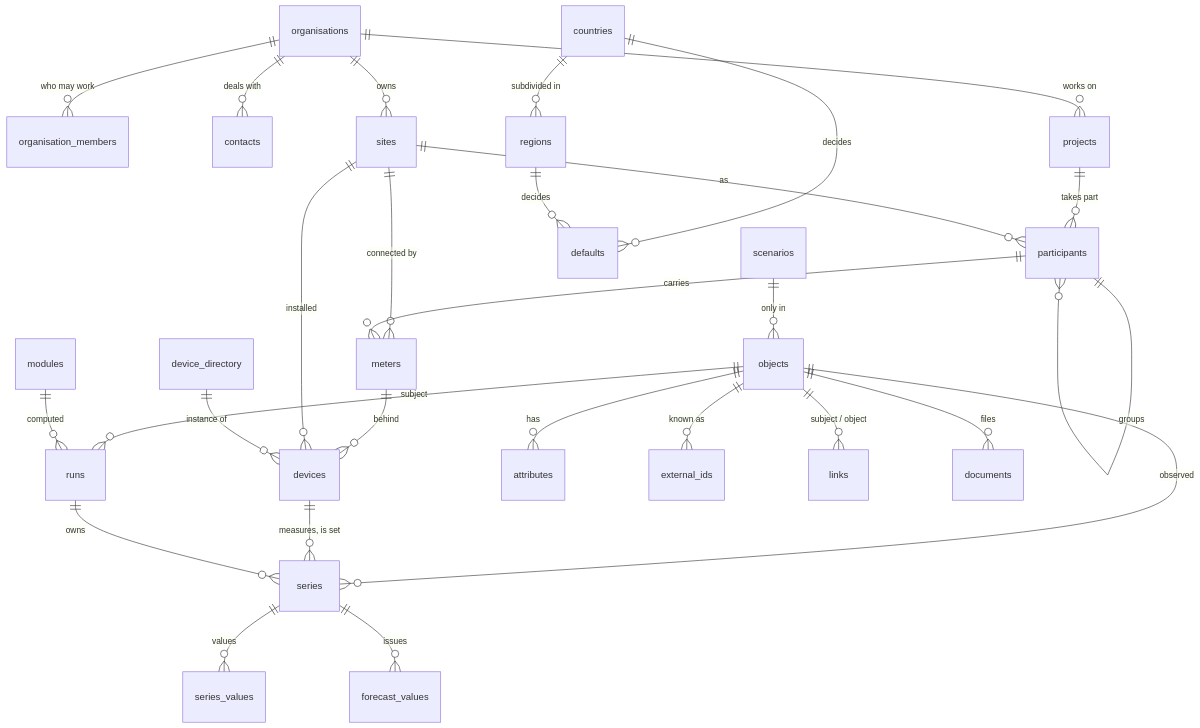
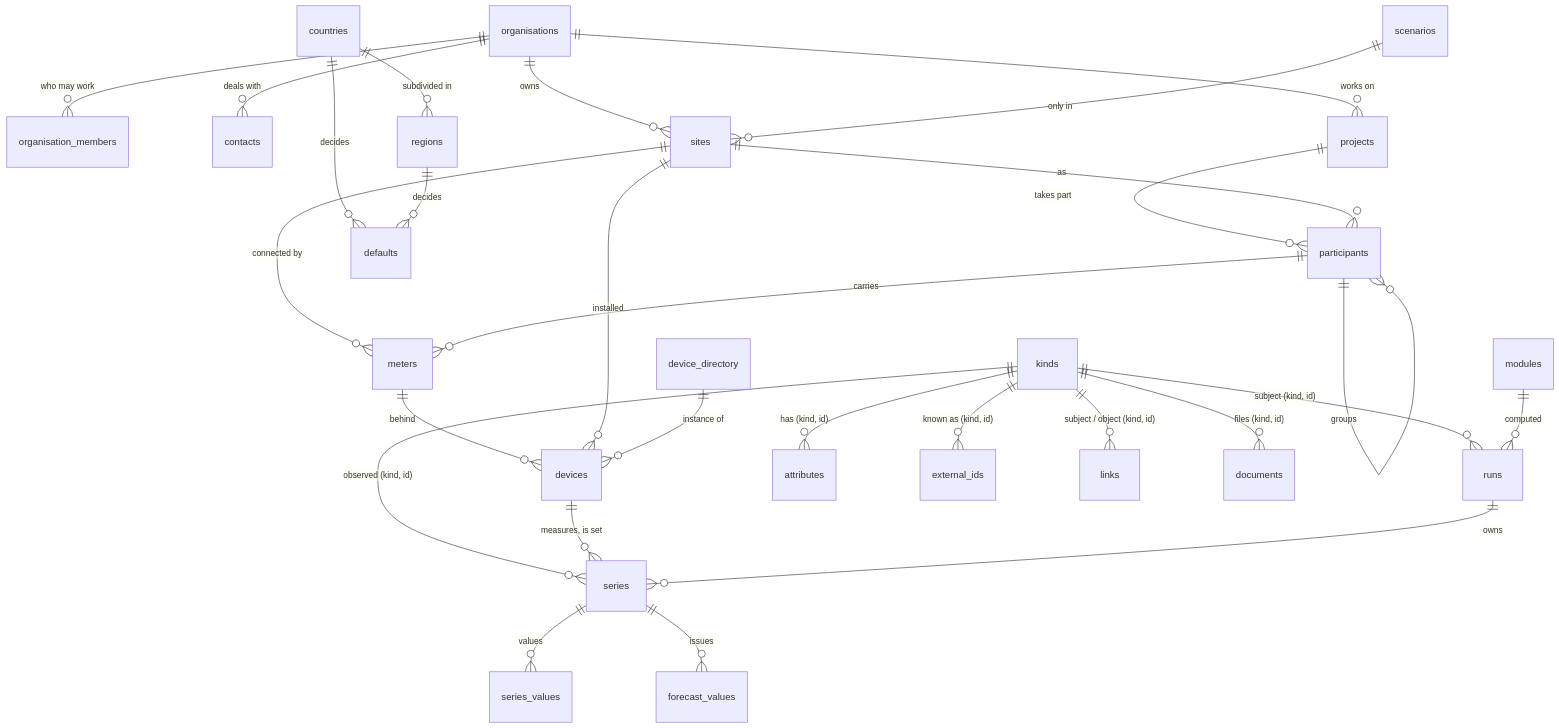
The first of 2 diagrams in docs/model.md (nexgen-os/nexgen-os), drawn with Mermaid before and after one commit. The commit also changed other lines of this file and 22 other files, not shown here.

````diff
--- a/docs/model.md
+++ b/docs/model.md
@@ -13,30 +13,30 @@
 ```mermaid
 erDiagram
   organisations ||--o{ organisation_members : "who may work"
   organisations ||--o{ contacts : "deals with"
   organisations ||--o{ projects : "works on"
   projects ||--o{ participants : "takes part"
   participants ||--o{ participants : "groups"
   sites ||--o{ participants : "as"
   organisations ||--o{ sites : owns
   sites ||--o{ meters : "connected by"
   participants ||--o{ meters : carries
   meters ||--o{ devices : "behind"
   sites ||--o{ devices : installed
   device_directory ||--o{ devices : "instance of"
-  objects ||--o{ series : "observed"
+  kinds ||--o{ series : "observed (kind, id)"
   devices ||--o{ series : "measures, is set"
   runs ||--o{ series : owns
   series ||--o{ series_values : values
   series ||--o{ forecast_values : issues
-  objects ||--o{ attributes : has
-  objects ||--o{ external_ids : "known as"
-  objects ||--o{ links : "subject / object"
-  objects ||--o{ documents : files
-  objects ||--o{ runs : subject
-  scenarios ||--o{ objects : "only in"
+  kinds ||--o{ attributes : "has (kind, id)"
+  kinds ||--o{ external_ids : "known as (kind, id)"
+  kinds ||--o{ links : "subject / object (kind, id)"
+  kinds ||--o{ documents : "files (kind, id)"
+  kinds ||--o{ runs : "subject (kind, id)"
+  scenarios ||--o{ sites : "only in"
   modules ||--o{ runs : computed
   countries ||--o{ regions : "subdivided in"
   countries ||--o{ defaults : decides
   regions ||--o{ defaults : decides
 ```
````
